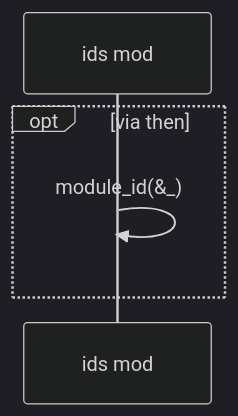
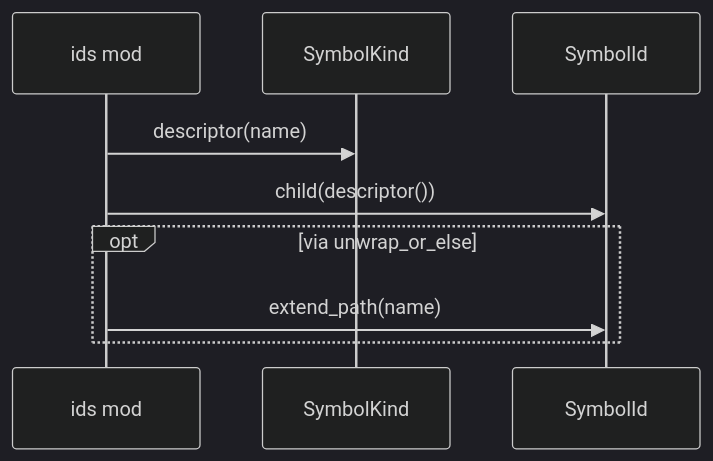
One commit to DreamLab-AI/codemaid changed the fourth of 8 diagrams in docs/sealmap/crates/sealmap-frontend/src/ids.rs.md. Above: the diagram before and after it, drawn with Mermaid (dark theme). The commit also changed other lines of this file and 45 other files, not shown here.

First line of the commit message:
docs: regenerate the self-corpus for sym: ids and schema v2

````diff
--- a/docs/sealmap/crates/sealmap-frontend/src/ids.rs.md
+++ b/docs/sealmap/crates/sealmap-frontend/src/ids.rs.md
@@ -58,7 +70,11 @@
 ```mermaid
 sequenceDiagram
   participant sealmap_frontend__ids as ids mod
-  opt via then
-    sealmap_frontend__ids->>sealmap_frontend__ids: module_id(&_)
+  participant sealmap_model__symbol___tSymbolKind as SymbolKind
+  participant sealmap_model__sym___tSymbolId as SymbolId
+  sealmap_frontend__ids->>sealmap_model__symbol___tSymbolKind: descriptor(name)
+  sealmap_frontend__ids->>sealmap_model__sym___tSymbolId: child(descriptor())
+  opt via unwrap_or_else
+    sealmap_frontend__ids->>sealmap_model__sym___tSymbolId: extend_path(name)
   end
 ```
````
